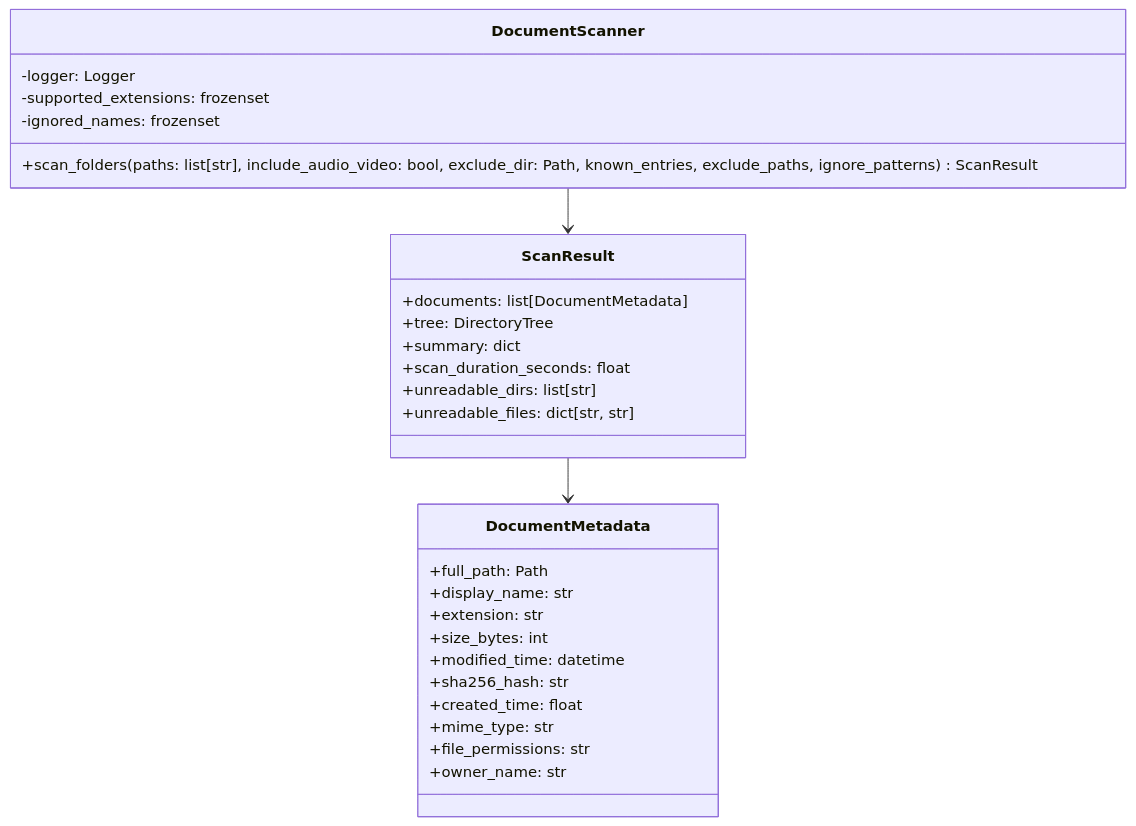
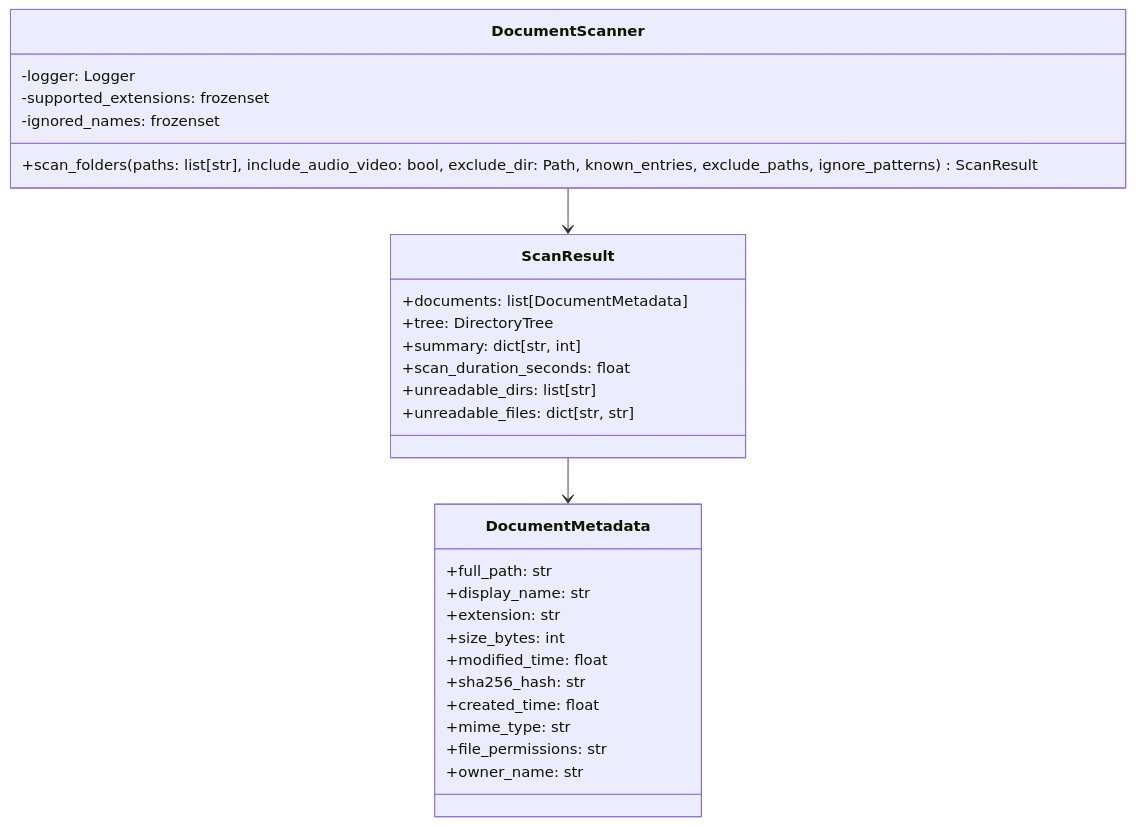
Before and after one commit to fmanza/doc_organize: the diagram in docs/api/scanner.md, drawn with Mermaid. The commit also changed other lines of this file and 57 other files, not shown here.

````diff
--- a/docs/api/scanner.md
+++ b/docs/api/scanner.md
@@ -7,34 +7,34 @@
 ```mermaid
 classDiagram
     class DocumentScanner {
         -logger: Logger
         -supported_extensions: frozenset
         -ignored_names: frozenset
         +scan_folders(paths: list[str], include_audio_video: bool, exclude_dir: Path, known_entries, exclude_paths, ignore_patterns) ScanResult
     }
     
     class ScanResult {
         +documents: list[DocumentMetadata]
         +tree: DirectoryTree
-        +summary: dict
+        +summary: dict[str, int]
         +scan_duration_seconds: float
         +unreadable_dirs: list[str]
         +unreadable_files: dict[str, str]
     }
     
     class DocumentMetadata {
-        +full_path: Path
+        +full_path: str
         +display_name: str
         +extension: str
         +size_bytes: int
-        +modified_time: datetime
+        +modified_time: float
         +sha256_hash: str
         +created_time: float
         +mime_type: str
         +file_permissions: str
         +owner_name: str
     }
     
     DocumentScanner --> ScanResult
     ScanResult --> DocumentMetadata
 ```
````
